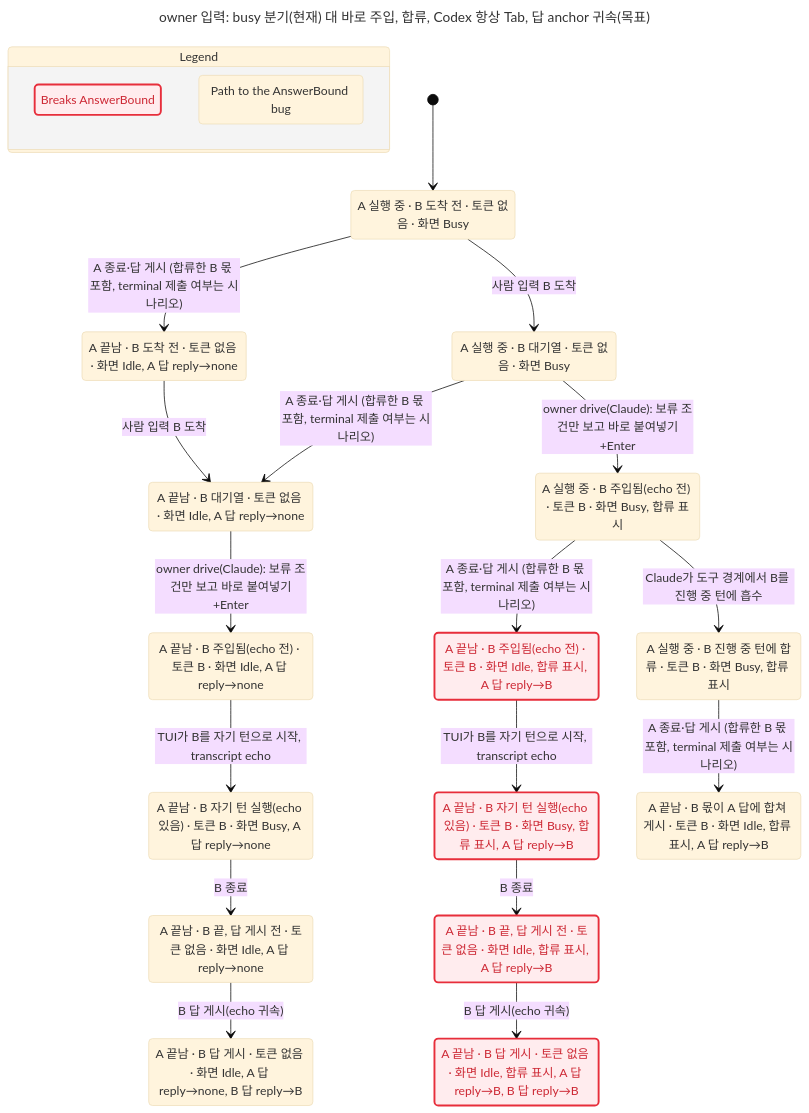
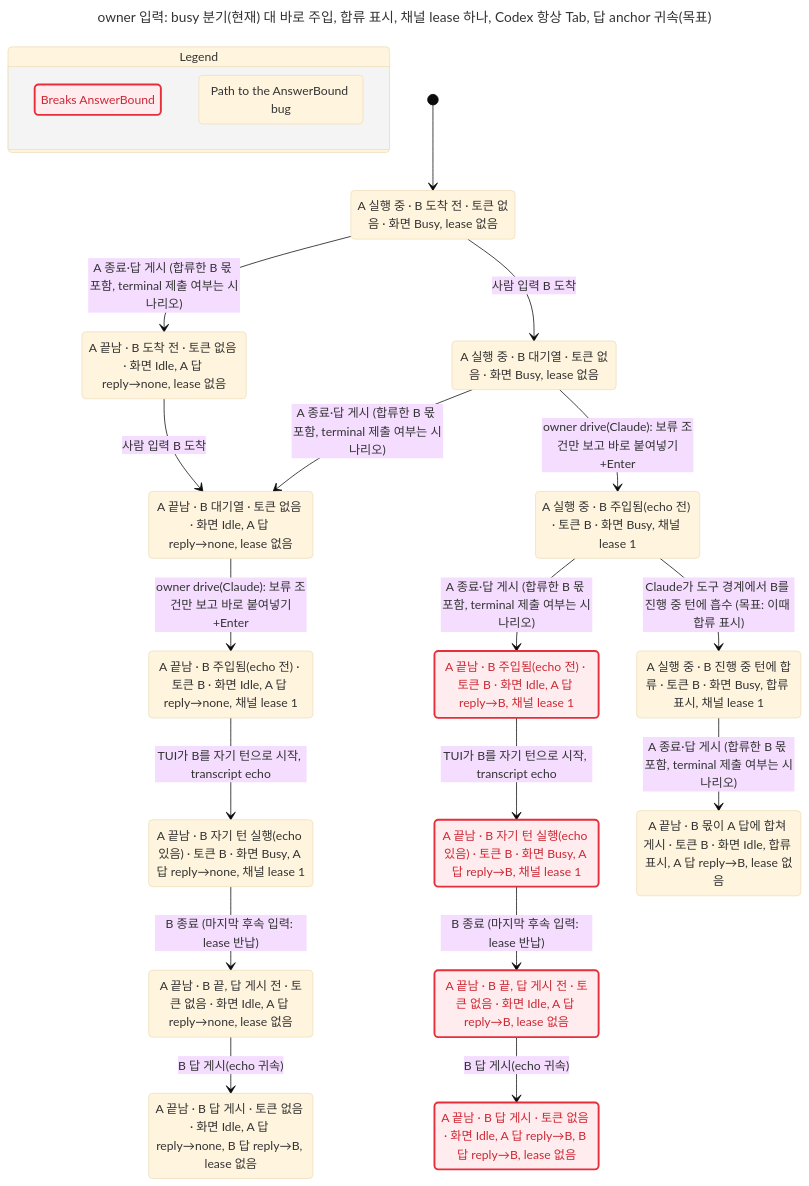
The diagram in docs/statecharts/input-single-path/owner-input-busy-split.target-post-order.chart.mmd (itismyfield/AgentDesk), drawn with Mermaid (base theme) before and after one commit. The commit also changed 46 other files, not shown here.

First line of the commit message:
docs(design): #8328 1단계 설계 w3 — 채널 lease 하나, transcript 없는 Claude 키, 흡수 뒤 합류 표시

```diff
--- a/docs/statecharts/input-single-path/owner-input-busy-split.target-post-order.chart.mmd
+++ b/docs/statecharts/input-single-path/owner-input-busy-split.target-post-order.chart.mmd
@@ -1,50 +1,50 @@
 ---
-title: "owner 입력: busy 분기(현재) 대 바로 주입, 합류, Codex 항상 Tab, 답 anchor 귀속(목표)"
+title: "owner 입력: busy 분기(현재) 대 바로 주입, 합류 표시, 채널 lease 하나, Codex 항상 Tab, 답 anchor 귀속(목표)"
 ---
 stateDiagram-v2
   state "Legend" as legend {
     lg0: Breaks AnswerBound
     lg1: Path to the AnswerBound bug
   }
   class lg0 breaks
   class lg1 bugPath
-  s0: A 실행 중 #183; B 도착 전 #183; 토큰 없음 #183; 화면 Busy
-  s1: A 끝남 #183; B 도착 전 #183; 토큰 없음 #183; 화면 Idle, A 답 reply#8594;none
-  s2: A 실행 중 #183; B 대기열 #183; 토큰 없음 #183; 화면 Busy
-  s3: A 끝남 #183; B 대기열 #183; 토큰 없음 #183; 화면 Idle, A 답 reply#8594;none
-  s4: A 실행 중 #183; B 주입됨(echo 전) #183; 토큰 B #183; 화면 Busy, 합류 표시
-  s5: A 끝남 #183; B 주입됨(echo 전) #183; 토큰 B #183; 화면 Idle, A 답 reply#8594;none
-  s6: A 끝남 #183; B 주입됨(echo 전) #183; 토큰 B #183; 화면 Idle, 합류 표시, A 답 reply#8594;B
-  s7: A 실행 중 #183; B 진행 중 턴에 합류 #183; 토큰 B #183; 화면 Busy, 합류 표시
-  s8: A 끝남 #183; B 몫이 A 답에 합쳐 게시 #183; 토큰 B #183; 화면 Idle, 합류 표시, A 답 reply#8594;B
-  s9: A 끝남 #183; B 자기 턴 실행(echo 있음) #183; 토큰 B #183; 화면 Busy, A 답 reply#8594;none
-  s10: A 끝남 #183; B 자기 턴 실행(echo 있음) #183; 토큰 B #183; 화면 Busy, 합류 표시, A 답 reply#8594;B
-  s11: A 끝남 #183; B 끝, 답 게시 전 #183; 토큰 없음 #183; 화면 Idle, A 답 reply#8594;none
-  s12: A 끝남 #183; B 끝, 답 게시 전 #183; 토큰 없음 #183; 화면 Idle, 합류 표시, A 답 reply#8594;B
-  s13: A 끝남 #183; B 답 게시 #183; 토큰 없음 #183; 화면 Idle, A 답 reply#8594;none, B 답 reply#8594;B
-  s14: A 끝남 #183; B 답 게시 #183; 토큰 없음 #183; 화면 Idle, 합류 표시, A 답 reply#8594;B, B 답 reply#8594;B
+  s0: A 실행 중 #183; B 도착 전 #183; 토큰 없음 #183; 화면 Busy, lease 없음
+  s1: A 끝남 #183; B 도착 전 #183; 토큰 없음 #183; 화면 Idle, A 답 reply#8594;none, lease 없음
+  s2: A 실행 중 #183; B 대기열 #183; 토큰 없음 #183; 화면 Busy, lease 없음
+  s3: A 끝남 #183; B 대기열 #183; 토큰 없음 #183; 화면 Idle, A 답 reply#8594;none, lease 없음
+  s4: A 실행 중 #183; B 주입됨(echo 전) #183; 토큰 B #183; 화면 Busy, 채널 lease 1
+  s5: A 끝남 #183; B 주입됨(echo 전) #183; 토큰 B #183; 화면 Idle, A 답 reply#8594;B, 채널 lease 1
+  s6: A 끝남 #183; B 주입됨(echo 전) #183; 토큰 B #183; 화면 Idle, A 답 reply#8594;none, 채널 lease 1
+  s7: A 실행 중 #183; B 진행 중 턴에 합류 #183; 토큰 B #183; 화면 Busy, 합류 표시, 채널 lease 1
+  s8: A 끝남 #183; B 몫이 A 답에 합쳐 게시 #183; 토큰 B #183; 화면 Idle, 합류 표시, A 답 reply#8594;B, lease 없음
+  s9: A 끝남 #183; B 자기 턴 실행(echo 있음) #183; 토큰 B #183; 화면 Busy, A 답 reply#8594;B, 채널 lease 1
+  s10: A 끝남 #183; B 자기 턴 실행(echo 있음) #183; 토큰 B #183; 화면 Busy, A 답 reply#8594;none, 채널 lease 1
+  s11: A 끝남 #183; B 끝, 답 게시 전 #183; 토큰 없음 #183; 화면 Idle, A 답 reply#8594;B, lease 없음
+  s12: A 끝남 #183; B 끝, 답 게시 전 #183; 토큰 없음 #183; 화면 Idle, A 답 reply#8594;none, lease 없음
+  s13: A 끝남 #183; B 답 게시 #183; 토큰 없음 #183; 화면 Idle, A 답 reply#8594;B, B 답 reply#8594;B, lease 없음
+  s14: A 끝남 #183; B 답 게시 #183; 토큰 없음 #183; 화면 Idle, A 답 reply#8594;none, B 답 reply#8594;B, lease 없음
   [*] --> s0
   s0 --> s1: A 종료#183;답 게시 (합류한 B 몫 포함, terminal 제출 여부는 시나리오)
   s0 --> s2: 사람 입력 B 도착
   s1 --> s3: 사람 입력 B 도착
   s2 --> s3: A 종료#183;답 게시 (합류한 B 몫 포함, terminal 제출 여부는 시나리오)
   s2 --> s4: owner drive(Claude): 보류 조건만 보고 바로 붙여넣기+Enter
-  s3 --> s5: owner drive(Claude): 보류 조건만 보고 바로 붙여넣기+Enter
-  s4 --> s6: A 종료#183;답 게시 (합류한 B 몫 포함, terminal 제출 여부는 시나리오)
-  s4 --> s7: Claude가 도구 경계에서 B를 진행 중 턴에 흡수
+  s3 --> s6: owner drive(Claude): 보류 조건만 보고 바로 붙여넣기+Enter
+  s4 --> s5: A 종료#183;답 게시 (합류한 B 몫 포함, terminal 제출 여부는 시나리오)
+  s4 --> s7: Claude가 도구 경계에서 B를 진행 중 턴에 흡수 (목표: 이때 합류 표시)
   s5 --> s9: TUI가 B를 자기 턴으로 시작, transcript echo
   s6 --> s10: TUI가 B를 자기 턴으로 시작, transcript echo
   s7 --> s8: A 종료#183;답 게시 (합류한 B 몫 포함, terminal 제출 여부는 시나리오)
-  s9 --> s11: B 종료
-  s10 --> s12: B 종료
+  s9 --> s11: B 종료 (마지막 후속 입력: lease 반납)
+  s10 --> s12: B 종료 (마지막 후속 입력: lease 반납)
   s11 --> s13: B 답 게시(echo 귀속)
   s12 --> s14: B 답 게시(echo 귀속)
   classDef breaks fill:#ffecee,stroke:#e72e3b,stroke-width:2.5px,color:#cd2834
   class s0 bugPath
   class s2 bugPath
   class s4 bugPath
-  class s6 breaks
-  class s6 bugPath
-  class s10 breaks
-  class s12 breaks
-  class s14 breaks
+  class s5 breaks
+  class s5 bugPath
+  class s9 breaks
+  class s11 breaks
+  class s13 breaks
```
